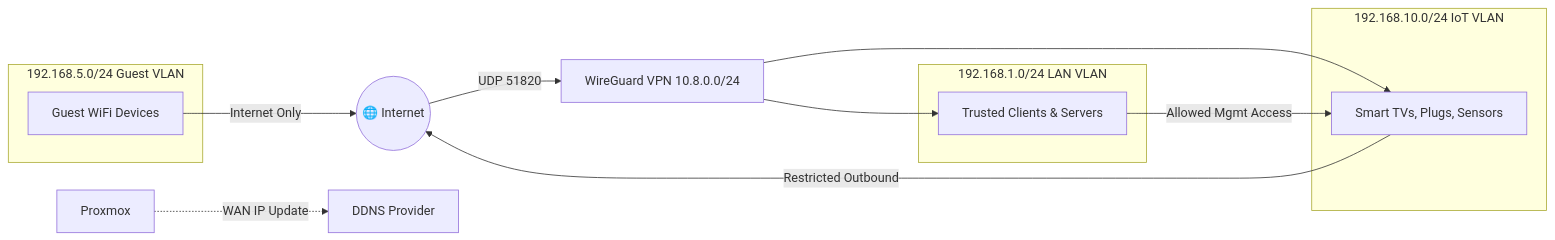
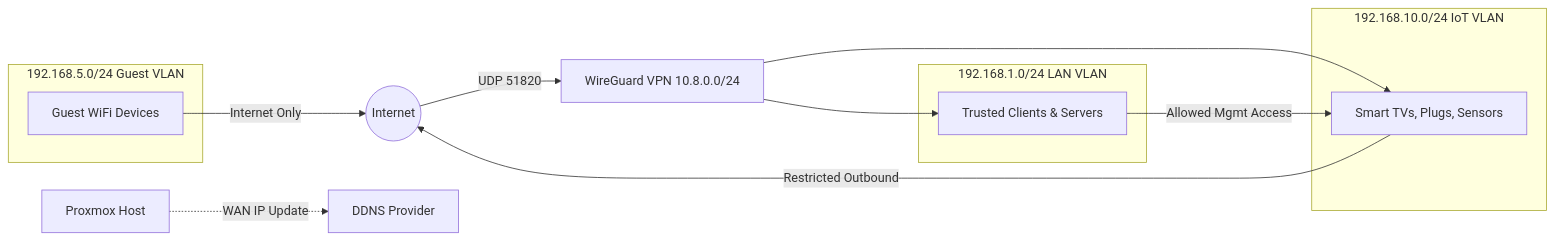
Before and after one commit to ashr1234/home-lab-projects: the diagram in README.md, drawn with Mermaid.

````diff
--- a/README.md
+++ b/README.md
@@ -88,26 +88,28 @@
 ```mermaid
 flowchart LR
-    Internet((🌐 Internet))
+    Internet((Internet))
     DDNS[DDNS Provider]
     WG[WireGuard VPN 10.8.0.0/24]
+    Proxmox[Proxmox Host]
 
     subgraph LAN [192.168.1.0/24 LAN VLAN]
         LANClients[Trusted Clients & Servers]
     end
 
     subgraph Guest [192.168.5.0/24 Guest VLAN]
         GuestClients[Guest WiFi Devices]
     end
 
     subgraph IoT [192.168.10.0/24 IoT VLAN]
         IoTDevices[Smart TVs, Plugs, Sensors]
     end
 
     Internet -->|UDP 51820| WG
     WG --> LANClients
     WG --> IoTDevices
     GuestClients -->|Internet Only| Internet
     IoTDevices -->|Restricted Outbound| Internet
     LANClients -->|Allowed Mgmt Access| IoTDevices
-    Proxmox-.WAN IP Update.->DDNS
+    Proxmox -.WAN IP Update.-> DDNS
+
 ```
````
